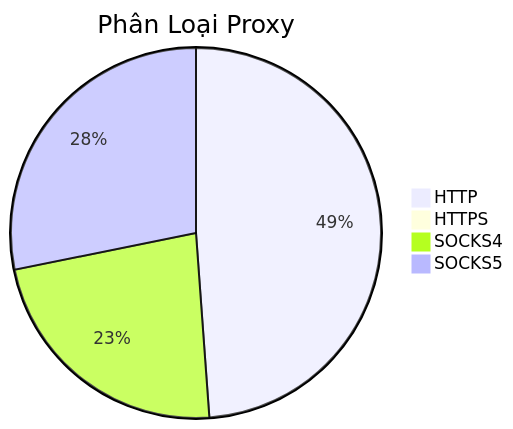
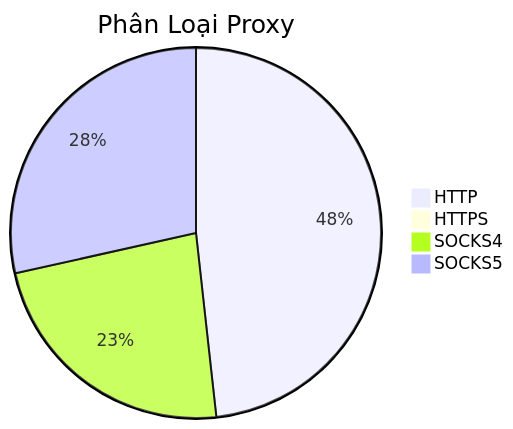
The diagram in README.md (Ciara-12/PROXY-free), drawn with Mermaid before and after one commit. The commit also changed other lines of this file and 4 other files, not shown here.

````diff
--- a/README.md
+++ b/README.md
@@ -26,7 +26,7 @@
 ```mermaid
 pie title Phân Loại Proxy
-    "HTTP" : 742
-    "HTTPS" : 0
-    "SOCKS4" : 349
-    "SOCKS5" : 428
+    "HTTP" : 811
+    "HTTPS" : 1
+    "SOCKS4" : 391
+    "SOCKS5" : 479
 ```
````
